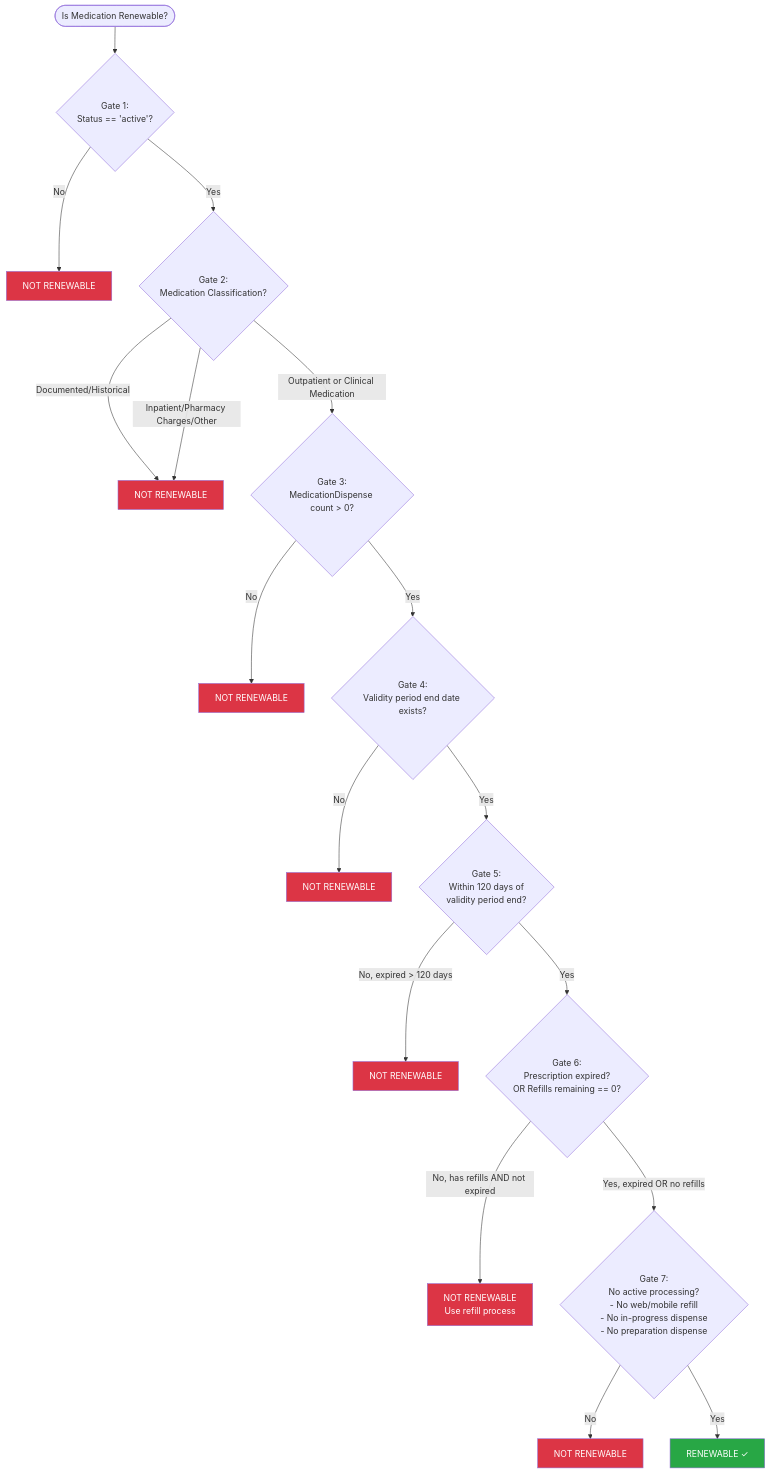
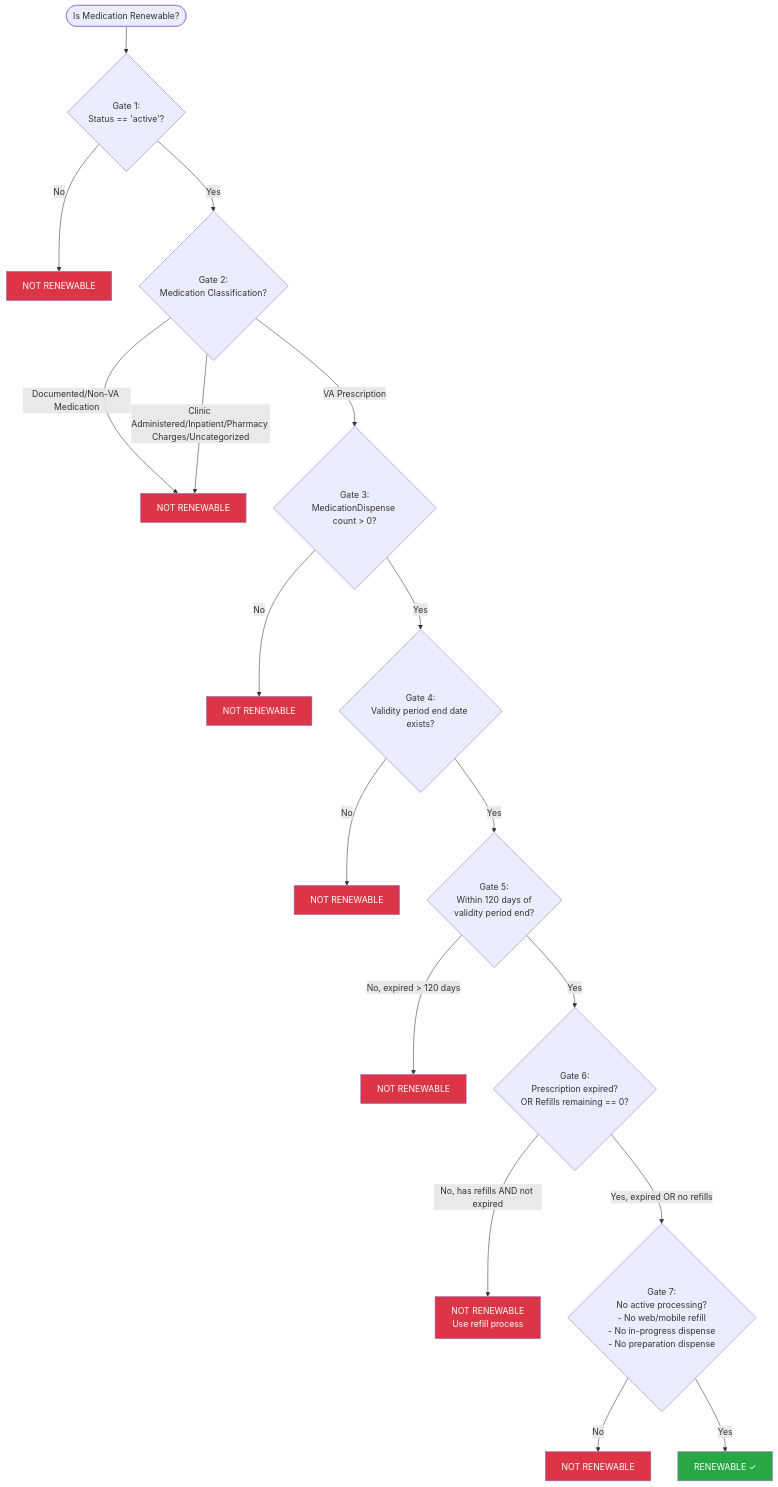
One commit to department-of-veterans-affairs/va.gov-team changed the diagram in products/health-care/digital-health-modernization/mhv-to-va.gov/medications/requirements/oracle_health_renewability_spec.md. Above: the diagram before and after it, drawn with Mermaid. The commit also changed other lines of this file and 2 other files, not shown here.

Commit message:
updated oracle health spec documentation to account for clinic medications not being refillable or renewable

````diff
--- a/products/health-care/digital-health-modernization/mhv-to-va.gov/medications/requirements/oracle_health_renewability_spec.md
+++ b/products/health-care/digital-health-modernization/mhv-to-va.gov/medications/requirements/oracle_health_renewability_spec.md
@@ -134,42 +137,42 @@
 ```mermaid
 flowchart TD
     Start([Is Medication Renewable?]) --> Gate1
 
     Gate1{Gate 1:<br/>Status == 'active'?}
     Gate1 -->|No| NotRenewable1[NOT RENEWABLE]
     Gate1 -->|Yes| Gate2
 
     Gate2{Gate 2:<br/>Medication Classification?}
-    Gate2 -->|Documented/Historical| NotRenewable2[NOT RENEWABLE]
-    Gate2 -->|Inpatient/Pharmacy Charges/Other| NotRenewable2
-    Gate2 -->|Outpatient or Clinical Medication| Gate3
+    Gate2 -->|Documented/Non-VA Medication| NotRenewable2[NOT RENEWABLE]
+    Gate2 -->|Clinic Administered/Inpatient/Pharmacy Charges/Uncategorized| NotRenewable2
+    Gate2 -->|VA Prescription| Gate3
 
     Gate3{Gate 3:<br/>MedicationDispense count > 0?}
     Gate3 -->|No| NotRenewable3[NOT RENEWABLE]
     Gate3 -->|Yes| Gate4
 
     Gate4{Gate 4:<br/>Validity period end date exists?}
     Gate4 -->|No| NotRenewable4[NOT RENEWABLE]
     Gate4 -->|Yes| Gate5
 
     Gate5{Gate 5:<br/>Within 120 days of<br/>validity period end?}
     Gate5 -->|No, expired > 120 days| NotRenewable5[NOT RENEWABLE]
     Gate5 -->|Yes| Gate6
 
     Gate6{Gate 6:<br/>Prescription expired?<br/>OR Refills remaining == 0?}
     Gate6 -->|No, has refills AND not expired| NotRenewable6[NOT RENEWABLE<br/>Use refill process]
     Gate6 -->|Yes, expired OR no refills| Gate7
 
     Gate7{Gate 7:<br/>No active processing?<br/>- No web/mobile refill<br/>- No in-progress dispense<br/>- No preparation dispense}
     Gate7 -->|No| NotRenewable7[NOT RENEWABLE]
     Gate7 -->|Yes| Renewable[RENEWABLE ✓]
 
     style Renewable fill:#28a745,color:#fff
     style NotRenewable1 fill:#dc3545,color:#fff
     style NotRenewable2 fill:#dc3545,color:#fff
     style NotRenewable3 fill:#dc3545,color:#fff
     style NotRenewable4 fill:#dc3545,color:#fff
     style NotRenewable5 fill:#dc3545,color:#fff
     style NotRenewable6 fill:#dc3545,color:#fff
     style NotRenewable7 fill:#dc3545,color:#fff
 ```
````
